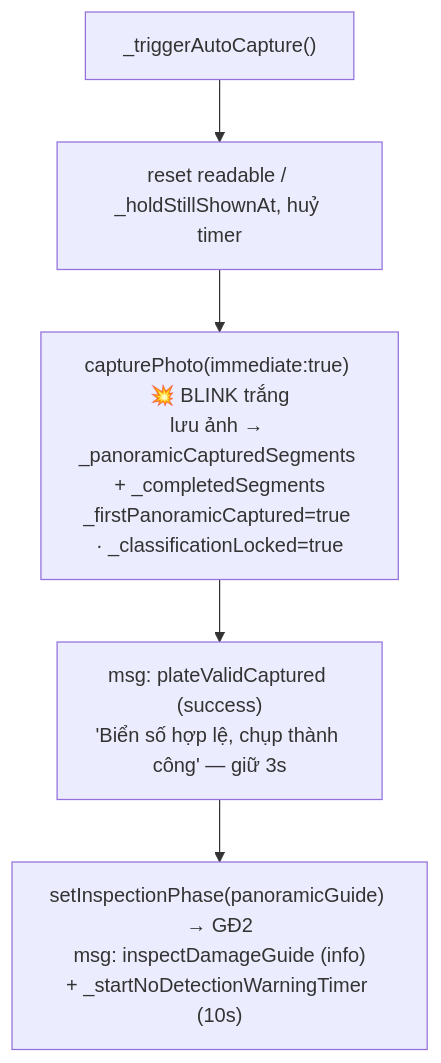
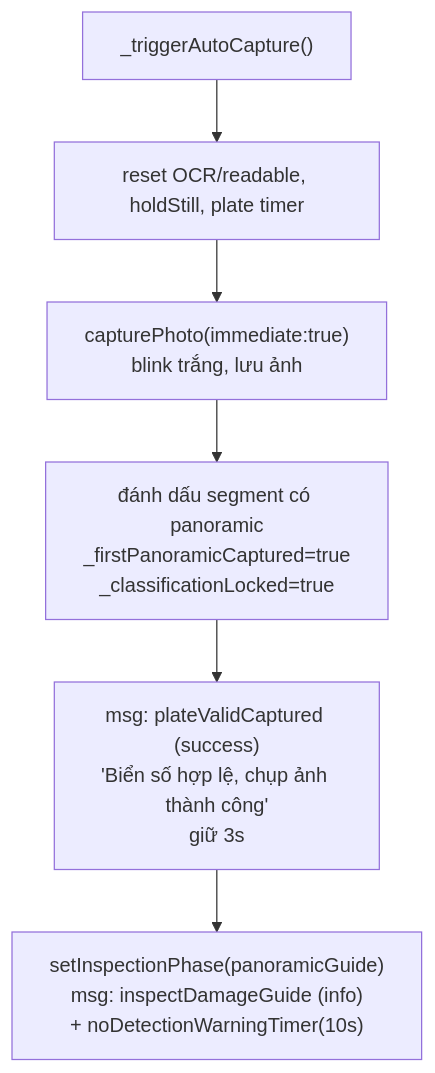
The fourth of 9 diagrams in CAMERA_CONTROLLER.md (Aicycle-Insurance/aicycle_on_device), drawn with Mermaid before and after one commit. The commit also changed other lines of this file and 3 other files, not shown here.

Commit message:
fix: update inspection phase timing and tooltip display duration

````diff
--- a/CAMERA_CONTROLLER.md
+++ b/CAMERA_CONTROLLER.md
@@ -142,7 +75,8 @@
 ```mermaid
 flowchart TD
-    T0["_triggerAutoCapture()"] --> T1["reset readable / _holdStillShownAt, huỷ timer"]
-    T1 --> T2["capturePhoto(immediate:true) 💥 BLINK trắng<br/>lưu ảnh → _panoramicCapturedSegments + _completedSegments<br/>_firstPanoramicCaptured=true · _classificationLocked=true"]
-    T2 --> T3["msg: plateValidCaptured (success)<br/>'Biển số hợp lệ, chụp thành công' — giữ 3s"]
-    T3 --> T4["setInspectionPhase(panoramicGuide) → GĐ2<br/>msg: inspectDamageGuide (info)<br/>+ _startNoDetectionWarningTimer (10s)"]
+    T0["_triggerAutoCapture()"] --> T1["reset OCR/readable, holdStill, plate timer"]
+    T1 --> T2["capturePhoto(immediate:true)<br/>blink trắng, lưu ảnh"]
+    T2 --> T3["đánh dấu segment có panoramic<br/>_firstPanoramicCaptured=true<br/>_classificationLocked=true"]
+    T3 --> T4["msg: plateValidCaptured (success)<br/>'Biển số hợp lệ, chụp ảnh thành công'<br/>giữ 3s"]
+    T4 --> T5["setInspectionPhase(panoramicGuide)<br/>msg: inspectDamageGuide (info)<br/>+ noDetectionWarningTimer(10s)"]
 ```
````
